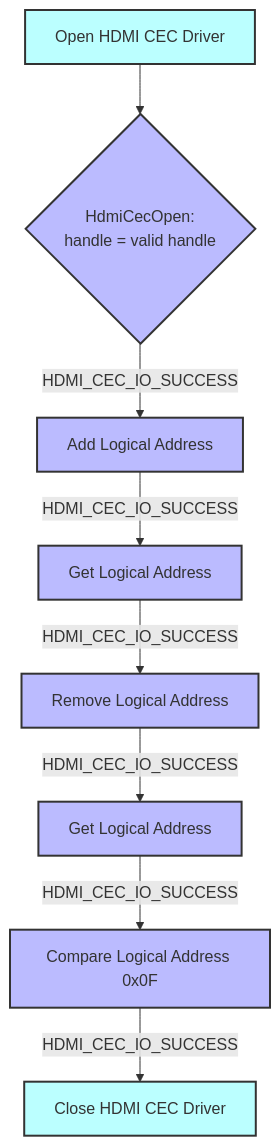
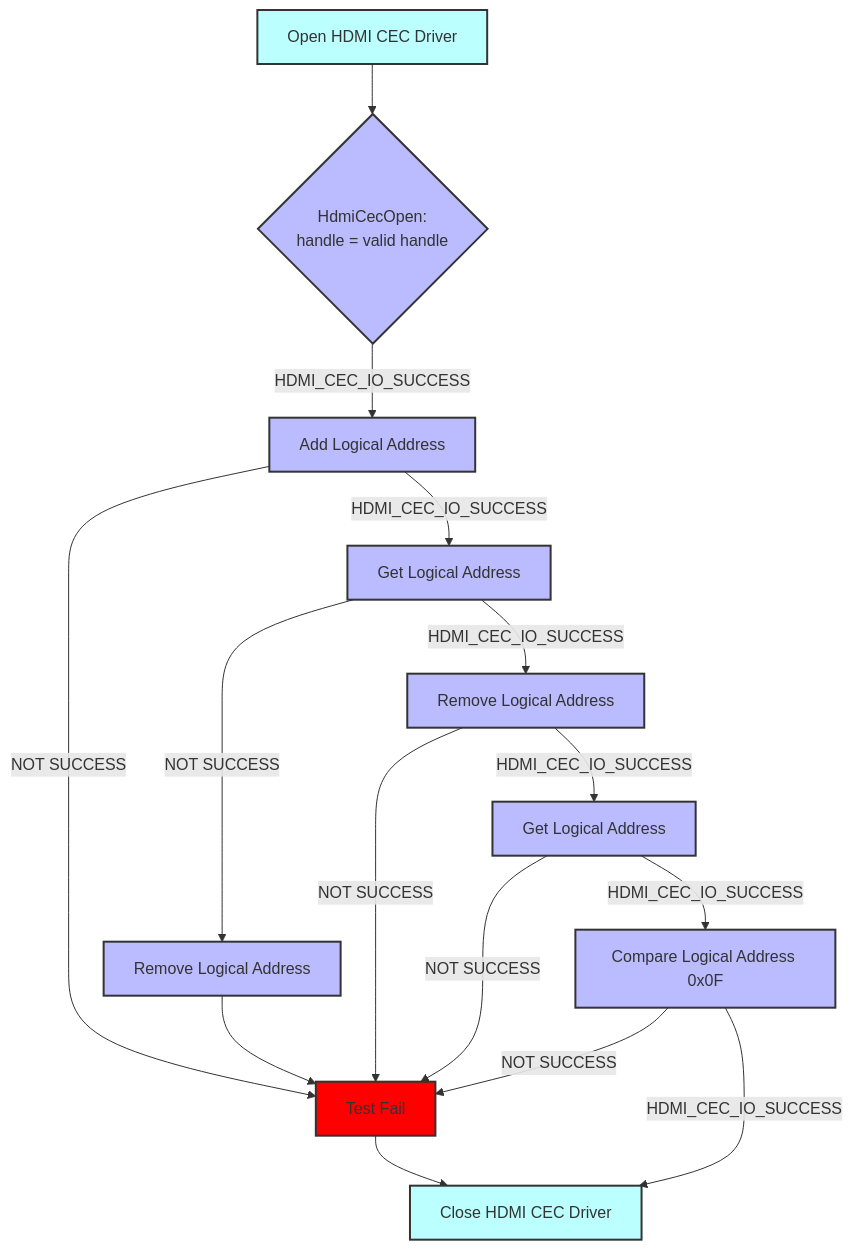
Before and after one commit to rdkcentral/rdk-halif-test-hdmi_cec: the third of 6 diagrams in docs/pages/hdmi-cec_L2_Low-Level_TestSpec.md, drawn with Mermaid. The commit also changed other lines of this file, not shown here.

First line of the commit message:
gh #4 updated the failure conditions in mermaid

````diff
--- a/docs/pages/hdmi-cec_L2_Low-Level_TestSpec.md
+++ b/docs/pages/hdmi-cec_L2_Low-Level_TestSpec.md
@@ -169,19 +173,27 @@
 ```mermaid
 graph TD
     style A fill:#bff,stroke:#333,stroke-width:2px
     style B fill:#bbf,stroke:#333,stroke-width:2px
     style C fill:#bbf,stroke:#333,stroke-width:2px
     style D fill:#bbf,stroke:#333,stroke-width:2px
     style E fill:#bbf,stroke:#333,stroke-width:2px
     style F fill:#bbf,stroke:#333,stroke-width:2px
     style G fill:#bff,stroke:#333,stroke-width:2px
     style H fill:#bbf,stroke:#333,stroke-width:2px
+	  style I fill:#f00,stroke:#333,stroke-width:2px
+	  style J fill:#bbf,stroke:#333,stroke-width:2px
 
     A[Open HDMI CEC Driver] --> B{HdmiCecOpen:\n handle = valid handle}
     B -->|HDMI_CEC_IO_SUCCESS| C[Add Logical Address]
+	  C -->|NOT SUCCESS| I[Test Fail]
+	  I -->G
     C -->|HDMI_CEC_IO_SUCCESS| D[Get Logical Address]
+	  D -->|NOT SUCCESS| J[Remove Logical Address] --> I
     D -->|HDMI_CEC_IO_SUCCESS| E[Remove Logical Address]
+	  E -->|NOT SUCCESS| I
     E -->|HDMI_CEC_IO_SUCCESS| F[Get Logical Address]
+	  F -->|NOT SUCCESS| I
     F -->|HDMI_CEC_IO_SUCCESS| H[Compare Logical Address 0x0F]
+	  H -->|NOT SUCCESS| I
     H -->|HDMI_CEC_IO_SUCCESS| G[Close HDMI CEC Driver]
 ```
````
